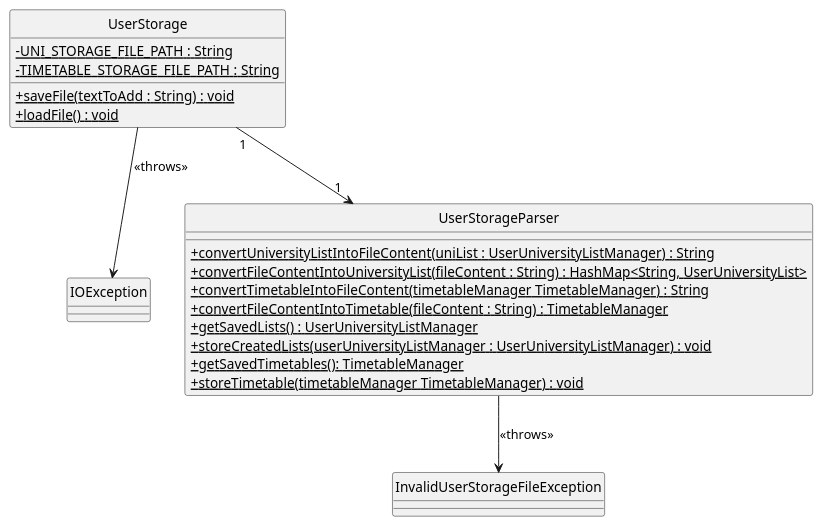
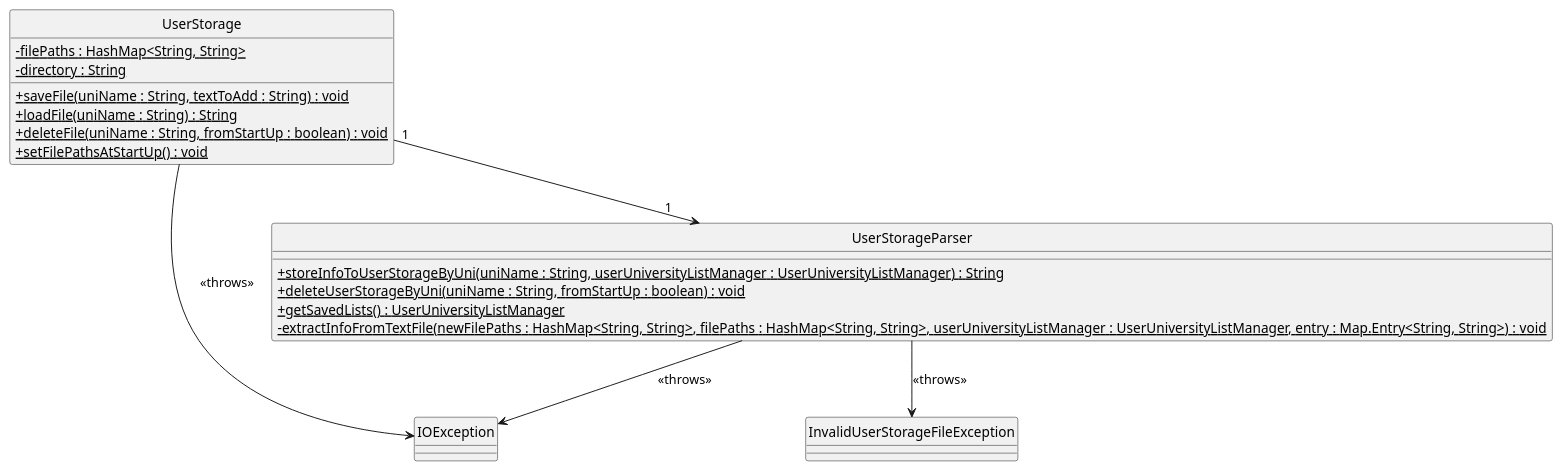
One commit to nus-cs2113-AY2223S1/tp changed the diagram in docs/diagrams/UserStorage_Class.puml. Above: the diagram before and after it, drawn with PlantUML. The commit also changed 7 other files, not shown here.

Commit message:
Update DG based on new implementation of user storage

```diff
--- a/docs/diagrams/UserStorage_Class.puml
+++ b/docs/diagrams/UserStorage_Class.puml
@@ -1,35 +1,34 @@
 @startuml
 hide circle
 skinparam classAttributeIconSize 0
 
 class UserStorage {
-    {static} - UNI_STORAGE_FILE_PATH : String
-    {static} - TIMETABLE_STORAGE_FILE_PATH : String
+    {static} - filePaths : HashMap<String, String>
+    {static} - directory : String
 
-    {static} + saveFile(textToAdd : String) : void
-    {static} + loadFile() : void
+    {static} + saveFile(uniName : String, textToAdd : String) : void
+    {static} + loadFile(uniName : String) : String
+    {static} + deleteFile(uniName : String, fromStartUp : boolean) : void
+    {static} + setFilePathsAtStartUp() : void
 }
 
 class IOException {
 
 }
 
 class UserStorageParser {
-    {static} + convertUniversityListIntoFileContent(uniList : UserUniversityListManager) : String
-    {static} + convertFileContentIntoUniversityList(fileContent : String) : HashMap<String, UserUniversityList>
-    {static} + convertTimetableIntoFileContent(timetableManager TimetableManager) : String
-    {static} + convertFileContentIntoTimetable(fileContent : String) : TimetableManager
+    {static} + storeInfoToUserStorageByUni(uniName : String, userUniversityListManager : UserUniversityListManager) : String
+    {static} + deleteUserStorageByUni(uniName : String, fromStartUp : boolean) : void
     {static} + getSavedLists() : UserUniversityListManager
-    {static} + storeCreatedLists(userUniversityListManager : UserUniversityListManager) : void
-    {static} + getSavedTimetables(): TimetableManager
-    {static} + storeTimetable(timetableManager TimetableManager) : void
+    {static} - extractInfoFromTextFile(newFilePaths : HashMap<String, String>, filePaths : HashMap<String, String>, userUniversityListManager : UserUniversityListManager, entry : Map.Entry<String, String>) : void
 }
 
 class InvalidUserStorageFileException {
 
 }
 
 UserStorage --> IOException : <<throws>>
 UserStorage "1" --> "1" UserStorageParser
 UserStorageParser --> InvalidUserStorageFileException : << throws>>
+UserStorageParser --> IOException : <<throws>>
 @enduml
```
